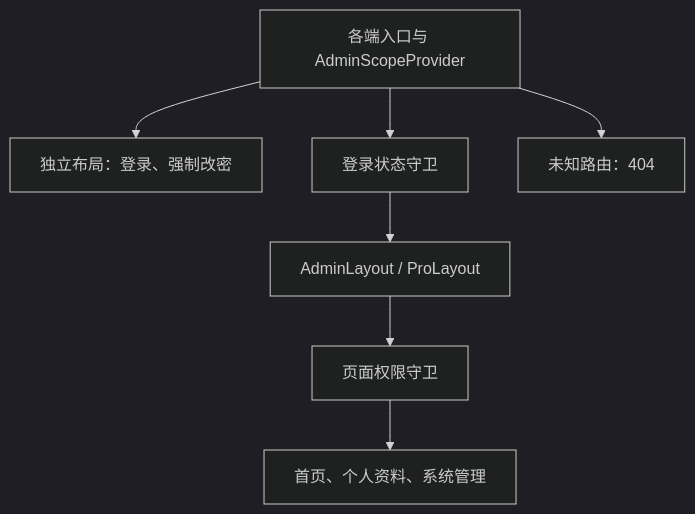
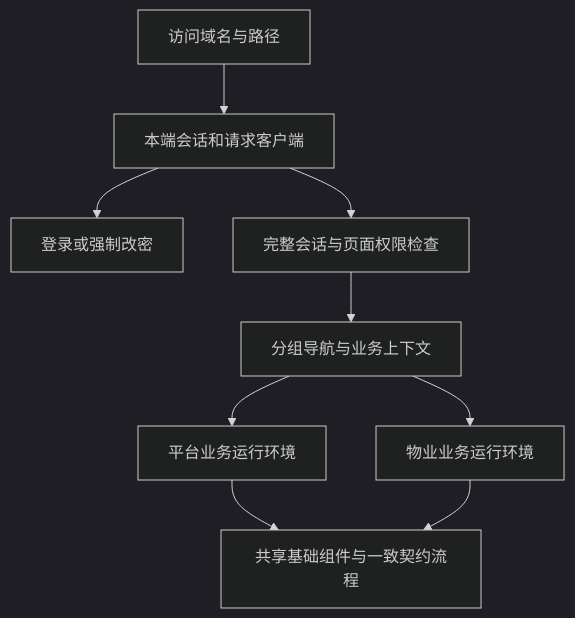
Before and after one commit to entimm/ezcmty: the diagram in docs/architecture/admin-web.md, drawn with Mermaid (dark theme). The commit also changed other lines of this file and 234 other files, not shown here.

````diff
--- a/docs/architecture/admin-web.md
+++ b/docs/architecture/admin-web.md
@@ -88,10 +53,11 @@
 ```mermaid
 flowchart TD
-    Scope[各端入口与 AdminScopeProvider]
-    Scope --> AuthPages[独立布局：登录、强制改密]
-    Scope --> SessionGuard[登录状态守卫]
-    SessionGuard --> Layout[AdminLayout / ProLayout]
-    Layout --> PermissionGuard[页面权限守卫]
-    PermissionGuard --> Pages[首页、个人资料、系统管理]
-    Scope --> NotFound[未知路由：404]
+    Host[访问域名与路径] --> Scope[本端会话和请求客户端]
+    Scope --> Auth[登录或强制改密]
+    Scope --> Guard[完整会话与页面权限检查]
+    Guard --> Shell[分组导航与业务上下文]
+    Shell --> Platform[平台业务运行环境]
+    Shell --> Property[物业业务运行环境]
+    Platform --> Shared[共享基础组件与一致契约流程]
+    Property --> Shared
 ```
````
